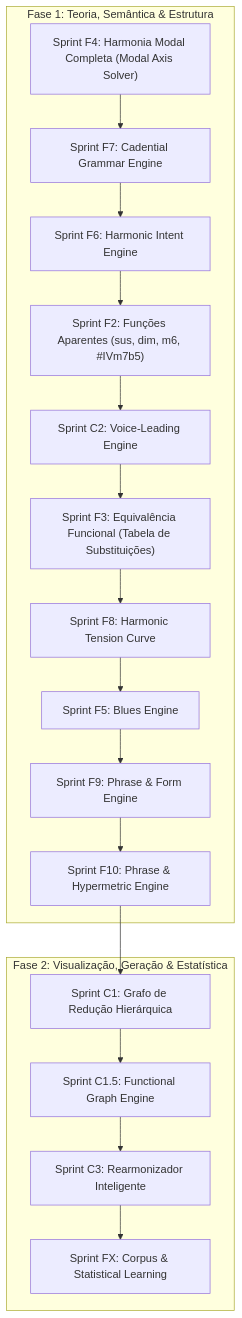
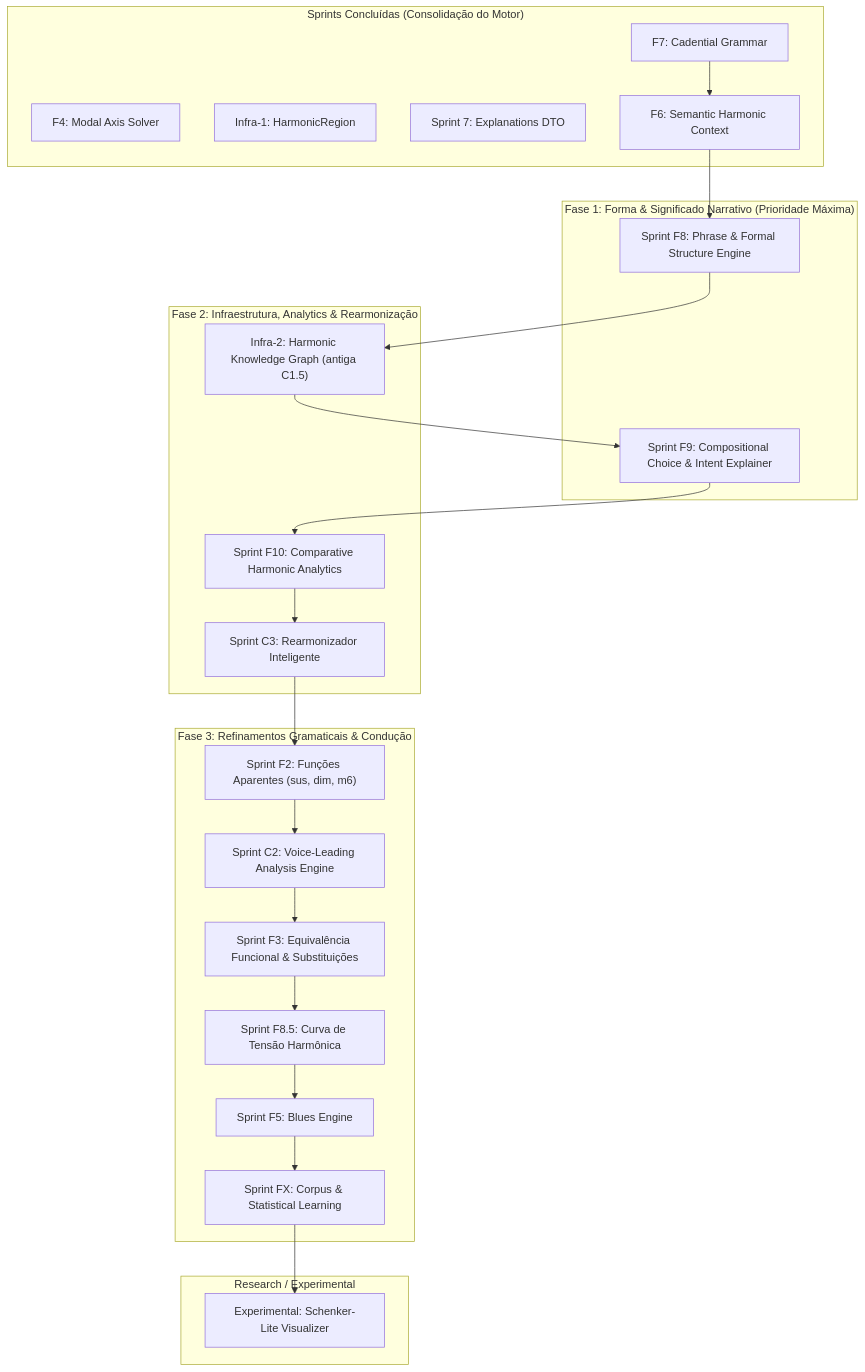
The diagram in sprints/future_sprints.md (gustavoesteves/FindChord), drawn with Mermaid before and after one commit. The commit also changed other lines of this file and 12 other files, not shown here.

Commit message:
feat(semantic): implement Sprint F6 - Semantic Harmonic Context Engine

````diff
--- a/sprints/future_sprints.md
+++ b/sprints/future_sprints.md
@@ -28,36 +36,48 @@
 ```mermaid
 graph TD
-    subgraph "Fase 1: Teoria, Semântica & Estrutura"
-        S4["Sprint F4: Harmonia Modal Completa (Modal Axis Solver)"]
-        S7["Sprint F7: Cadential Grammar Engine"]
-        S6["Sprint F6: Harmonic Intent Engine"]
-        S2["Sprint F2: Funções Aparentes (sus, dim, m6, #IVm7b5)"]
-        C2["Sprint C2: Voice-Leading Engine"]
-        S3["Sprint F3: Equivalência Funcional (Tabela de Substituições)"]
-        S8["Sprint F8: Harmonic Tension Curve"]
-        S5["Sprint F5: Blues Engine"]
-        S9["Sprint F9: Phrase & Form Engine"]
-        S10["Sprint F10: Phrase & Hypermetric Engine"]
+    subgraph "Sprints Concluídas (Consolidação do Motor)"
+        C4["F4: Modal Axis Solver"]
+        CI1["Infra-1: HarmonicRegion"]
+        CS7["Sprint 7: Explanations DTO"]
+        CF7["F7: Cadential Grammar"]
+        F6["F6: Semantic Harmonic Context"]
+    end
+
+    subgraph "Fase 1: Forma & Significado Narrativo (Prioridade Máxima)"
+        F8["Sprint F8: Phrase & Formal Structure Engine"]
+        F9["Sprint F9: Compositional Choice & Intent Explainer"]
     end
     
-    subgraph "Fase 2: Visualização, Geração & Estatística"
-        C1["Sprint C1: Grafo de Redução Hierárquica"]
-        C15["Sprint C1.5: Functional Graph Engine"]
+    subgraph "Fase 2: Infraestrutura, Analytics & Rearmonização"
+        I2["Infra-2: Harmonic Knowledge Graph (antiga C1.5)"]
+        F10["Sprint F10: Comparative Harmonic Analytics"]
         C3["Sprint C3: Rearmonizador Inteligente"]
-        CFX["Sprint FX: Corpus & Statistical Learning"]
     end
 
-    S4 --> S7
-    S7 --> S6
-    S6 --> S2
-    S2 --> C2
-    C2 --> S3
-    S3 --> S8
-    S8 --> S5
-    S5 --> S9
-    S9 --> S10
-    S10 --> C1
-    C1 --> C15
-    C15 --> C3
-    C3 --> CFX
+    subgraph "Fase 3: Refinamentos Gramaticais & Condução"
+        F2["Sprint F2: Funções Aparentes (sus, dim, m6)"]
+        C2["Sprint C2: Voice-Leading Analysis Engine"]
+        F3["Sprint F3: Equivalência Funcional & Substituições"]
+        F8T["Sprint F8.5: Curva de Tensão Harmônica"]
+        F5["Sprint F5: Blues Engine"]
+        FX["Sprint FX: Corpus & Statistical Learning"]
+    end
+
+    subgraph "Research / Experimental"
+        C1["Experimental: Schenker-Lite Visualizer"]
+    end
+
+    CF7 --> F6
+    F6 --> F8
+    F8 --> I2
+    I2 --> F9
+    F9 --> F10
+    F10 --> C3
+    C3 --> F2
+    F2 --> C2
+    C2 --> F3
+    F3 --> F8T
+    F8T --> F5
+    F5 --> FX
+    FX --> C1
 ```
````
